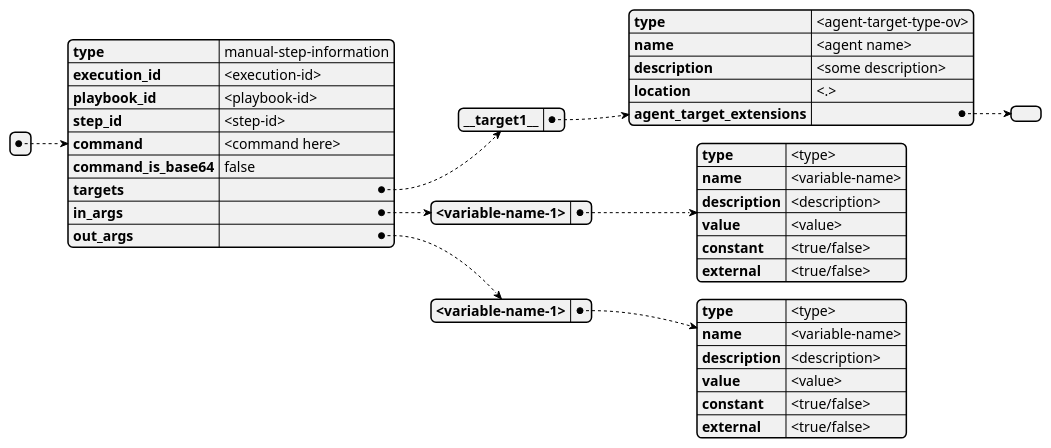
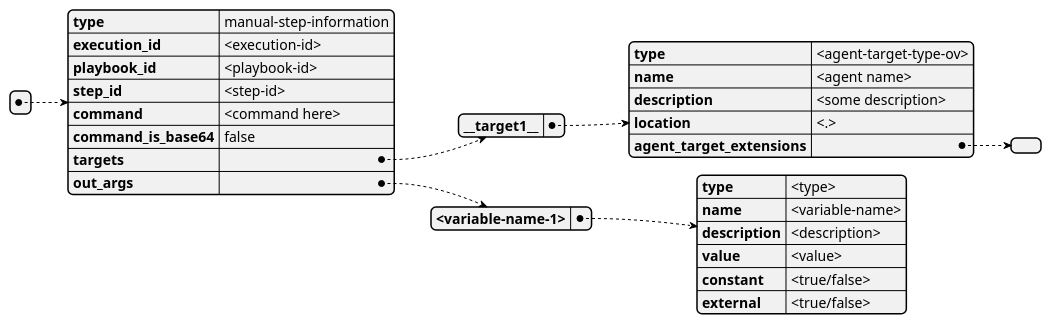
The second of 4 diagrams in docs/content/en/docs/core-components/api-manual.md (COSSAS/SOARCA), drawn with PlantUML before and after one commit. The commit also changed other lines of this file, not shown here.

Commit message:
Removed in_args from manual api model

````diff
--- a/docs/content/en/docs/core-components/api-manual.md
+++ b/docs/content/en/docs/core-components/api-manual.md
@@ -55,43 +54,32 @@
 ```plantuml
 @startjson
-[
-    {
+[ {
         "type" :        "manual-step-information",
         "execution_id" : "<execution-id>",
         "playbook_id" :  "<playbook-id>",
         "step_id" :  "<step-id>",
         "command" : "<command here>",
         "command_is_base64" : "false",
         "targets" : {
             "__target1__" : {
                 "type" : "<agent-target-type-ov>",
                 "name" : "<agent name>",
                 "description" : "<some description>",
                 "location" : "<.>",
                 "agent_target_extensions" : {}
-            }
-        },
-        "in_args":    {
-            "<variable-name-1>" : {
-                "type":         "<type>",
-                "name":         "<variable-name>",
-                "description":  "<description>",
-                "value":        "<value>",
-                "constant":     "<true/false>",
-                "external":     "<true/false>"
             }
         },
         "out_args":    {
             "<variable-name-1>" : {
                 "type":         "<type>",
                 "name":         "<variable-name>",
                 "description":  "<description>",
                 "value":        "<value>",
                 "constant":     "<true/false>",
                 "external":     "<true/false>"
             }
         }
     }
 ]
 @endjson
 ```
````
